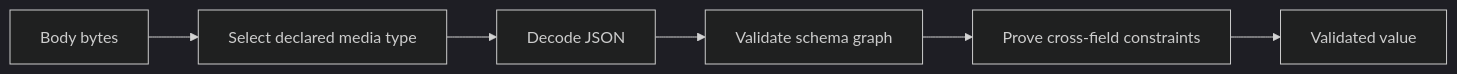
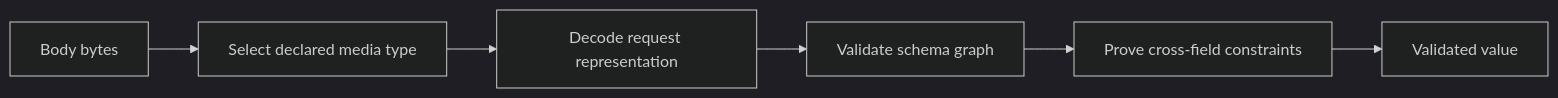
The diagram in docs/request-validation.md (inttegro/simile), drawn with Mermaid (dark theme) before and after one commit. The commit also changed other lines of this file and 6 other files, not shown here.

````diff
--- a/docs/request-validation.md
+++ b/docs/request-validation.md
@@ -78,8 +78,8 @@
 ```mermaid
 flowchart LR
   Bytes[Body bytes] --> Media[Select declared media type]
-  Media --> Decode[Decode JSON]
+  Media --> Decode[Decode request representation]
   Decode --> Schema[Validate schema graph]
   Schema --> Relations[Prove cross-field constraints]
   Relations --> Validated[Validated value]
 ```
````
